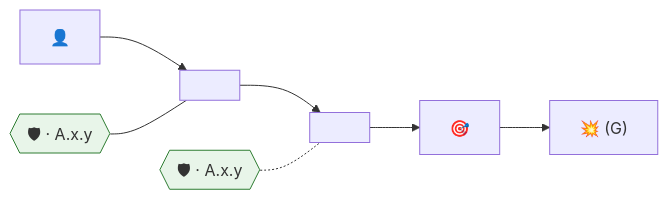
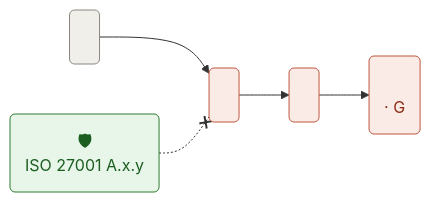
The diagram in skills/grc/risk-assessment/SKILL.md (AnasSahel/agent-labs), drawn with Mermaid before and after one commit. The commit also changed other lines of this file and 1 other file, not shown here.

Commit message:
feat(risk-assessment): draw the risk path as a cause-to-impact chain
Rounded boxes left to right (neutral cause, red-tinted consequences, the
blocking control in green under its step), from a chain.html template when the
harness can render a page, ASCII boxes in a terminal, Mermaid in the report.

Claude-Session: https://claude.ai/code/session_01AzcWJgp9E87H3a557buoop

````diff
--- a/skills/grc/risk-assessment/SKILL.md
+++ b/skills/grc/risk-assessment/SKILL.md
@@ -57,8 +57,11 @@
 ```mermaid
 flowchart LR
-  S["👤 <risk source>"] --> E["<entry point>"] --> P1["<step>"] --> A["🎯 <asset>"] --> F["💥 <feared event> (G<n>)"]
-  C1{{"🛡 <control> · A.x.y"}} --- E
-  C2{{"🛡 <planned control> · A.x.y"}} -.- P1
-  classDef barrier fill:#e8f5e9,stroke:#2e7d32
-  class C1,C2 barrier
+  C("<b><cause></b><br/><what happens>") --> S1("<b><step ↑></b><br/><why>") --> S2("<b><step ↓></b><br/><why>") --> F("<b><feared event ↓></b><br/><impact> · G<n>")
+  K("<b>🛡 <control></b><br/>ISO 27001 A.x.y") -.-x S1
+  classDef cause fill:#f1efe9,stroke:#8a877f,color:#3d3b36
+  classDef effect fill:#fbebe7,stroke:#c0563f,color:#8a2a12
+  classDef control fill:#e8f5e9,stroke:#2e7d32,color:#1b5e20
+  class C cause
+  class S1,S2,F effect
+  class K control
 ```
````
